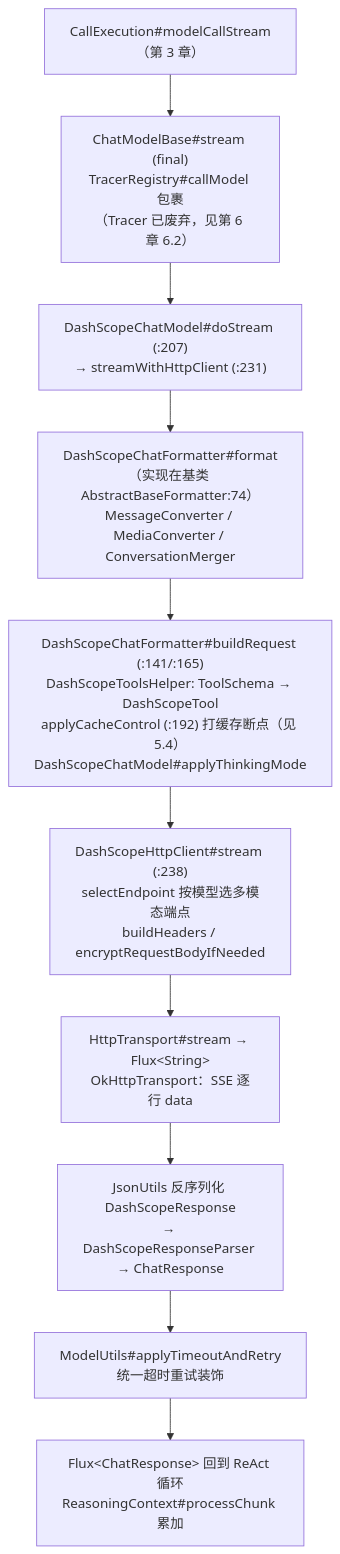
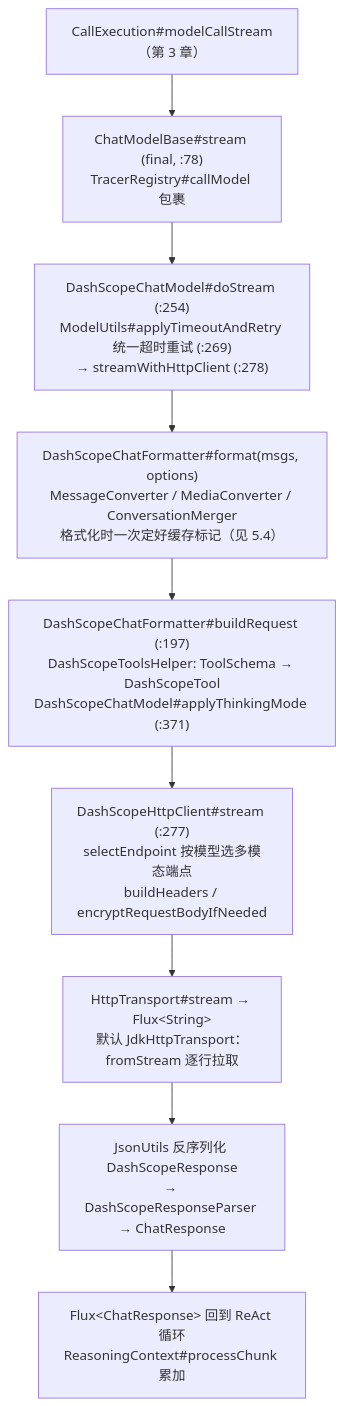
One commit to liulangjietou/AgentScope-source-analysis changed the second of 4 diagrams in 05-模型层.md. Above: the diagram before and after it, drawn with Mermaid. The commit also changed other lines of this file, not shown here.

Commit message:
docs(ch05): sync model layer to upstream main 91550713

````diff
--- a/05-模型层.md
+++ b/05-模型层.md
@@ -103,12 +109,11 @@
 ```mermaid
 flowchart TB
-    MC["CallExecution#modelCallStream（第 3 章）"] --> CMB["ChatModelBase#stream (final)<br/>TracerRegistry#callModel 包裹<br/>（Tracer 已废弃，见第 6 章 6.2）"]
-    CMB --> DS["DashScopeChatModel#doStream (:207)<br/>→ streamWithHttpClient (:231)"]
-    DS --> FMT["DashScopeChatFormatter#format<br/>（实现在基类 AbstractBaseFormatter:74）<br/>MessageConverter / MediaConverter / ConversationMerger"]
-    FMT --> REQ["DashScopeChatFormatter#buildRequest (:141/:165)<br/>DashScopeToolsHelper: ToolSchema → DashScopeTool<br/>applyCacheControl (:192) 打缓存断点（见 5.4）<br/>DashScopeChatModel#applyThinkingMode"]
-    REQ --> HTTP["DashScopeHttpClient#stream (:238)<br/>selectEndpoint 按模型选多模态端点<br/>buildHeaders / encryptRequestBodyIfNeeded"]
-    HTTP --> TR["HttpTransport#stream → Flux&lt;String&gt;<br/>OkHttpTransport：SSE 逐行 data"]
+    MC["CallExecution#modelCallStream（第 3 章）"] --> CMB["ChatModelBase#stream (final, :78)<br/>TracerRegistry#callModel 包裹"]
+    CMB --> DS["DashScopeChatModel#doStream (:254)<br/>ModelUtils#applyTimeoutAndRetry 统一超时重试 (:269)<br/>→ streamWithHttpClient (:278)"]
+    DS --> FMT["DashScopeChatFormatter#format(msgs, options)<br/>MessageConverter / MediaConverter / ConversationMerger<br/>格式化时一次定好缓存标记（见 5.4）"]
+    FMT --> REQ["DashScopeChatFormatter#buildRequest (:197)<br/>DashScopeToolsHelper: ToolSchema → DashScopeTool<br/>DashScopeChatModel#applyThinkingMode (:371)"]
+    REQ --> HTTP["DashScopeHttpClient#stream (:277)<br/>selectEndpoint 按模型选多模态端点<br/>buildHeaders / encryptRequestBodyIfNeeded"]
+    HTTP --> TR["HttpTransport#stream → Flux&lt;String&gt;<br/>默认 JdkHttpTransport：fromStream 逐行拉取"]
     TR --> PARSE["JsonUtils 反序列化 DashScopeResponse<br/>→ DashScopeResponseParser → ChatResponse"]
-    PARSE --> RETRY["ModelUtils#applyTimeoutAndRetry<br/>统一超时重试装饰"]
-    RETRY --> OUT["Flux&lt;ChatResponse&gt; 回到 ReAct 循环<br/>ReasoningContext#processChunk 累加"]
+    PARSE --> OUT["Flux&lt;ChatResponse&gt; 回到 ReAct 循环<br/>ReasoningContext#processChunk 累加"]
 ```
````
